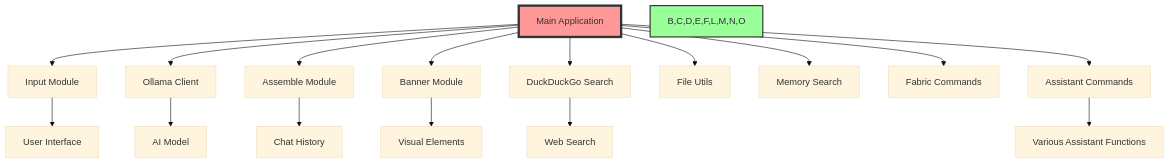
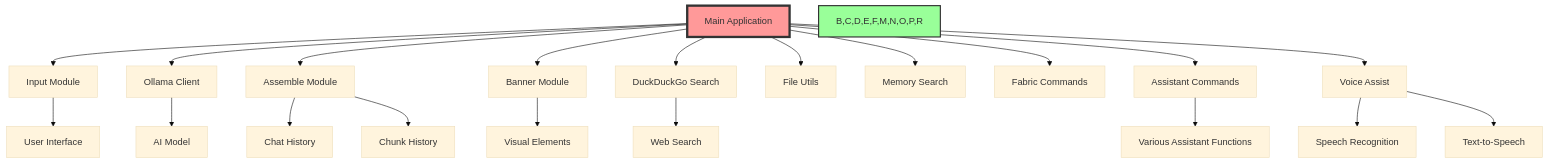
Before and after one commit to MikeyBeez/Ollama_Agents: the diagram in docs/architecture_guide.md, drawn with Mermaid (base theme). The commit also changed other lines of this file and 1 other file, not shown here.

````diff
--- a/docs/architecture_guide.md
+++ b/docs/architecture_guide.md
@@ -27,20 +28,24 @@
 ```mermaid
 graph TD
     A[Main Application] --> B[Input Module]
     A --> C[Ollama Client]
     A --> D[Assemble Module]
     A --> E[Banner Module]
     A --> F[DuckDuckGo Search]
     B --> G[User Interface]
     C --> H[AI Model]
     D --> I[Chat History]
-    E --> J[Visual Elements]
-    F --> K[Web Search]
-    A --> L[File Utils]
-    A --> M[Memory Search]
-    A --> N[Fabric Commands]
-    A --> O[Assistant Commands]
-    O --> P[Various Assistant Functions]
+    D --> J[Chunk History]
+    E --> K[Visual Elements]
+    F --> L[Web Search]
+    A --> M[File Utils]
+    A --> N[Memory Search]
+    A --> O[Fabric Commands]
+    A --> P[Assistant Commands]
+    P --> Q[Various Assistant Functions]
+    A --> R[Voice Assist]
+    R --> S[Speech Recognition]
+    R --> T[Text-to-Speech]
     style A fill:#ff9999,stroke:#333,stroke-width:4px
-    style B,C,D,E,F,L,M,N,O fill:#99ff99,stroke:#333,stroke-width:2px
+    style B,C,D,E,F,M,N,O,P,R fill:#99ff99,stroke:#333,stroke-width:2px
 ```
````
